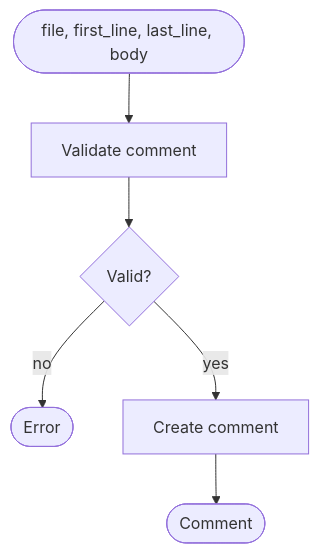
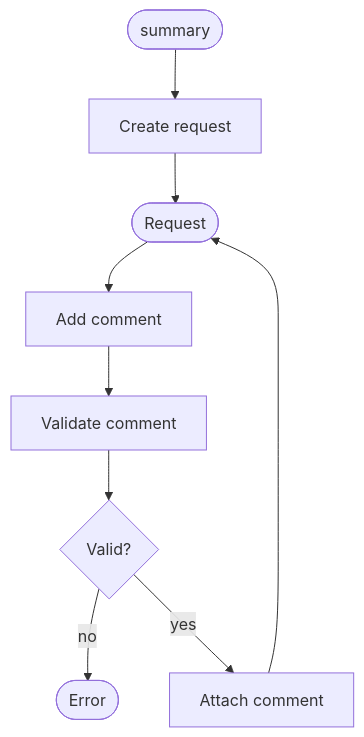
The second of 2 diagrams in REQUIREMENTS.md (SamStudio8/burrow), drawn with Mermaid before and after one commit. The commit also changed other lines of this file, not shown here.

Commit message:
SCN-REQUEST

````diff
--- a/REQUIREMENTS.md
+++ b/REQUIREMENTS.md
@@ -55,9 +55,12 @@
 ```mermaid
 flowchart TD
-    input([file, first_line, last_line, body])
+    summary([summary])
+    --> create_request[Create request]
+    --> request([Request])
+    --> add_comment[Add comment]
     --> validate[Validate comment]
     --> valid{Valid?}
     valid -- no --> error([Error])
-    valid -- yes --> create[Create comment]
-    --> output([Comment])
+    valid -- yes --> attach[Attach comment]
+    attach --> request
 ```
````
